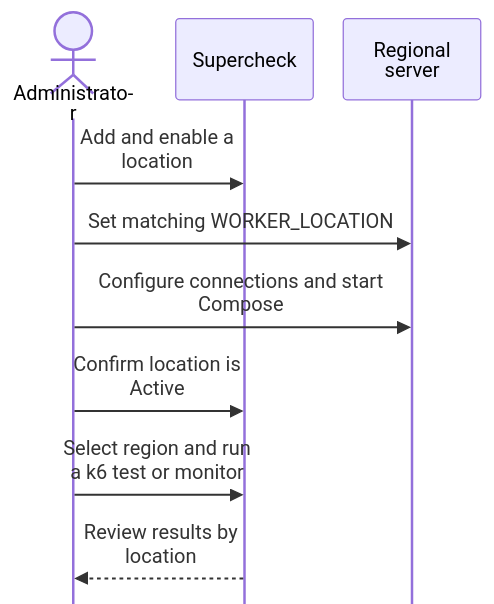
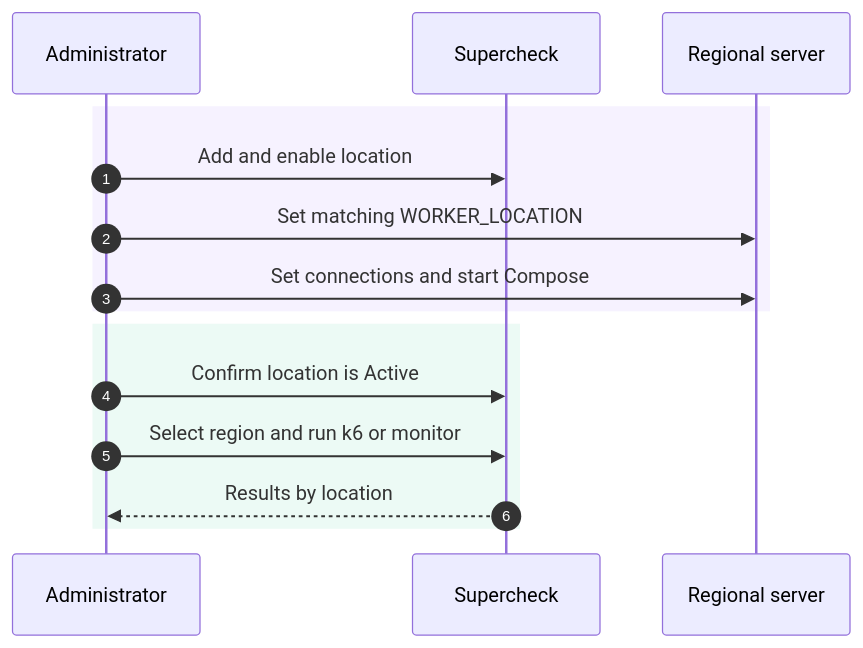
Before and after one commit to supercheck-io/supercheck: the second of 2 diagrams in docs/content/docs/app/deployment/multi-location.mdx, drawn with Mermaid. The commit also changed other lines of this file and 34 other files, not shown here.

Commit message:
docs: restore architecture and polish user workflows (#337)

````diff
--- a/docs/content/docs/app/deployment/multi-location.mdx
+++ b/docs/content/docs/app/deployment/multi-location.mdx
@@ -92,14 +84,20 @@
 ```mermaid
-%%{init: {"sequence": {"mirrorActors": false, "actorMargin": 24, "width": 110, "height": 65, "wrap": true}}}%%
 sequenceDiagram
-    actor Admin as Administrator
-    participant Dashboard as Supercheck
-    participant Server as Regional server
+    accTitle: Regional worker setup
+    accDescr: Register a location, start a matching worker, and verify a regional run.
+    autonumber
+    participant You as Administrator
+    participant App as Supercheck
+    participant Environment as Regional server
 
-    Admin->>Dashboard: Add and enable a location
-    Admin->>Server: Set matching WORKER_LOCATION
-    Admin->>Server: Configure connections and start Compose
-    Admin->>Dashboard: Confirm location is Active
-    Admin->>Dashboard: Select region and run a k6 test or monitor
-    Dashboard-->>Admin: Review results by location
+    rect rgba(139, 92, 246, 0.08)
+        You->>App: Add and enable location
+        You->>Environment: Set matching WORKER_LOCATION
+        You->>Environment: Set connections and start Compose
+    end
+    rect rgba(16, 185, 129, 0.08)
+        You->>App: Confirm location is Active
+        You->>App: Select region and run k6 or monitor
+        App-->>You: Results by location
+    end
 ```
````
